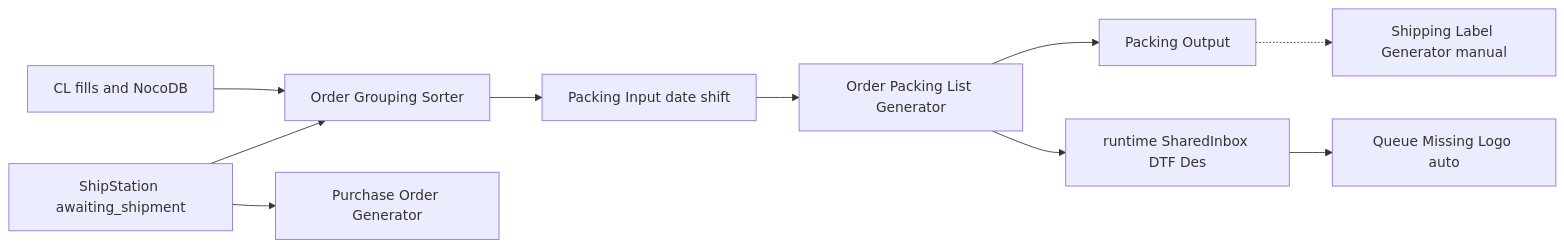
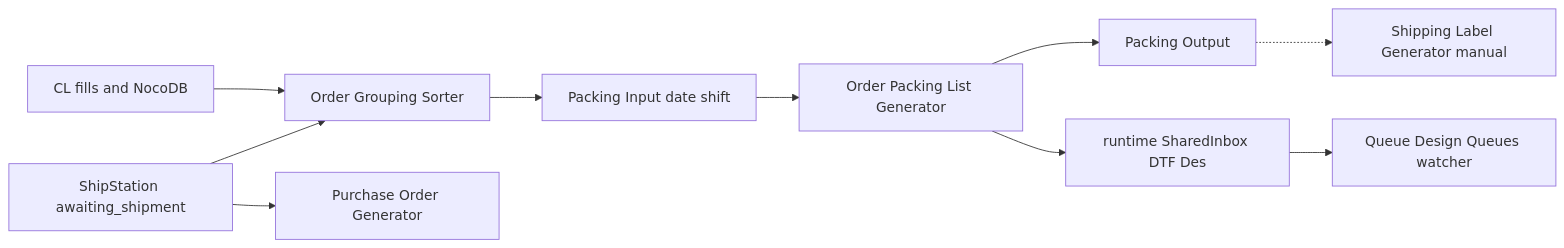
Before and after one commit to areebxi/Warehouse-Operations-System: the diagram in docs/ARCHITECTURE.md, drawn with Mermaid. The commit also changed other lines of this file and 23 other files, not shown here.

First line of the commit message:
Rename SharedInbox Missing Logo watcher to Design Queues watcher.

````diff
--- a/docs/ARCHITECTURE.md
+++ b/docs/ARCHITECTURE.md
@@ -7,23 +7,23 @@
 ```mermaid
 flowchart LR
   Catalog[CL fills and NocoDB]
   SS[ShipStation awaiting_shipment]
   Sorter[Order Grouping Sorter]
   PackIn[Packing Input date shift]
   Pack[Order Packing List Generator]
   Out[Packing Output]
   Inbox[runtime SharedInbox DTF Des]
-  Queue[Queue Missing Logo auto]
+  Queue[Queue Design Queues watcher]
   Ship[Shipping Label Generator manual]
   PO[Purchase Order Generator]
 
   Catalog --> Sorter
   SS --> Sorter
   Sorter --> PackIn
   PackIn --> Pack
   Pack --> Out
   Pack --> Inbox
   Inbox --> Queue
   Out -.-> Ship
   SS --> PO
 ```
````
